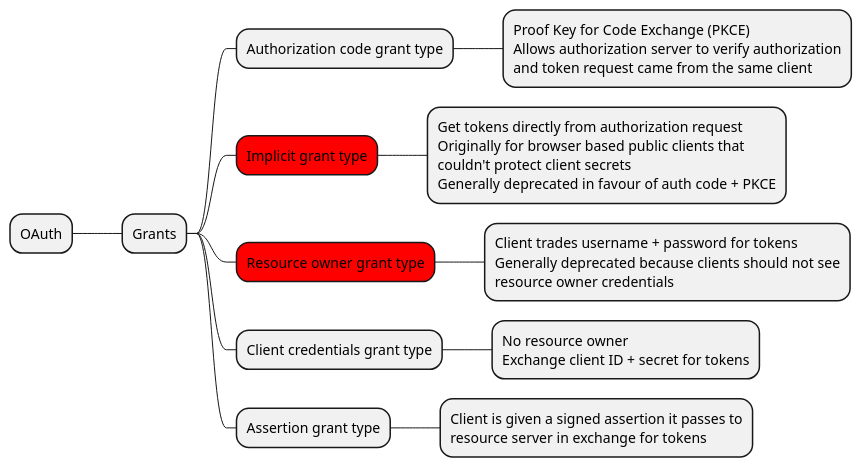
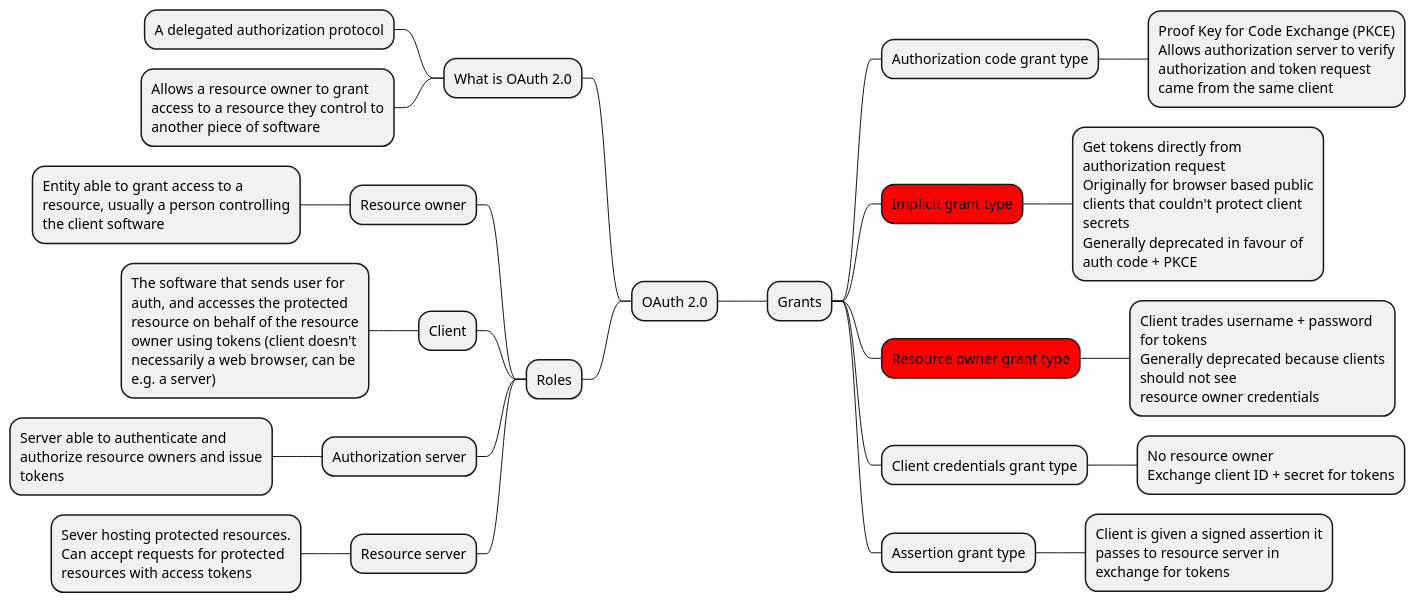
The diagram in oauth/oauth.puml (hwride/auth), drawn with PlantUML before and after one commit.

Commit message:
Add notes on OAuth roles

```diff
--- a/oauth/oauth.puml
+++ b/oauth/oauth.puml
@@ -1,22 +1,42 @@
 @startmindmap
-* OAuth
-** Grants
+
+<style>
+node {
+    MaximumWidth 250
+}
+</style>
+
++ OAuth 2.0
+++ Grants
 *** Authorization code grant type
 ****:Proof Key for Code Exchange (PKCE)
-Allows authorization server to verify authorization
-and token request came from the same client;
+Allows authorization server to verify authorization and token request came from the same client;
 ***[#red] Implicit grant type
 ****:Get tokens directly from authorization request
-Originally for browser based public clients that
-couldn't protect client secrets
+Originally for browser based public clients that couldn't protect client secrets
 Generally deprecated in favour of auth code + PKCE;
 ***[#red] Resource owner grant type
 ****:Client trades username + password for tokens
 Generally deprecated because clients should not see
 resource owner credentials;
 *** Client credentials grant type
 **** No resource owner\nExchange client ID + secret for tokens
 *** Assertion grant type
-****:Client is given a signed assertion it passes to
-resource server in exchange for tokens;
+**** Client is given a signed assertion it passes to resource server in exchange for tokens
+
+left side
+
+** What is OAuth 2.0
+*** A delegated authorization protocol
+*** Allows a resource owner to grant access to a resource they control to another piece of software
+
+** Roles
+*** Resource owner
+**** Entity able to grant access to a resource, usually a person controlling the client software
+*** Client
+**** The software that sends user for auth, and accesses the protected resource on behalf of the resource owner using tokens (client doesn't necessarily a web browser, can be e.g. a server)
+*** Authorization server
+**** Server able to authenticate and authorize resource owners and issue tokens
+*** Resource server
+**** Sever hosting protected resources. Can accept requests for protected resources with access tokens
 @endmindmap
```
